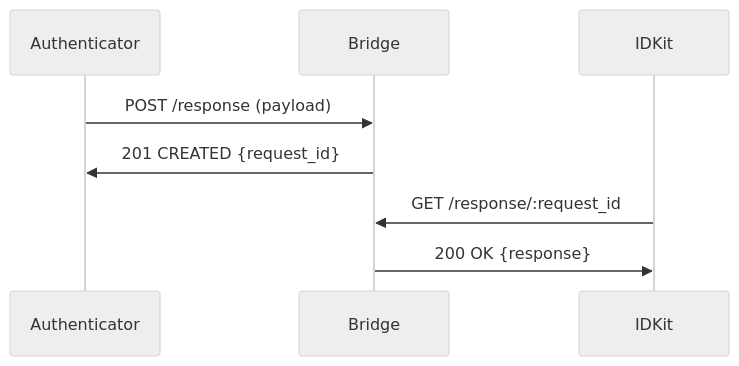
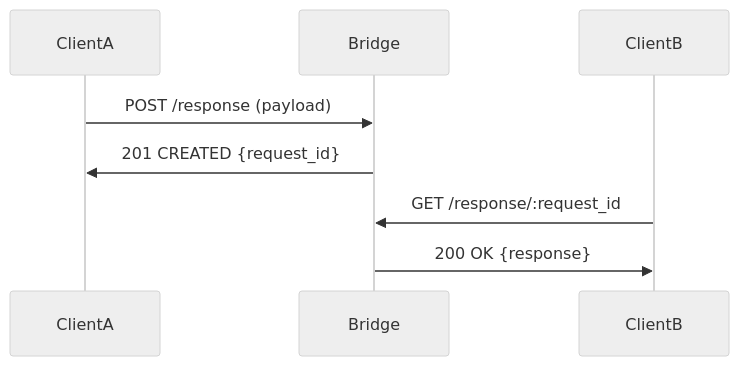
One commit to worldcoin/wallet-bridge changed the second of 2 diagrams in README.md. Above: the diagram before and after it, drawn with Mermaid (neutral theme). The commit also changed other lines of this file and 13 other files, not shown here.

````diff
--- a/README.md
+++ b/README.md
@@ -48,11 +44,11 @@
 ```mermaid
 sequenceDiagram
-    participant Authenticator
+    participant ClientA
     participant Bridge
-    participant IDKit
+    participant ClientB
 
-    Authenticator->>Bridge: POST /response (payload)
-    Bridge->>Authenticator: 201 CREATED {request_id}
-    IDKit->>Bridge: GET /response/:request_id
-    Bridge->>IDKit: 200 OK {response}
+    ClientA->>Bridge: POST /response (payload)
+    Bridge->>ClientA: 201 CREATED {request_id}
+    ClientB->>Bridge: GET /response/:request_id
+    Bridge->>ClientB: 200 OK {response}
 ```
````
